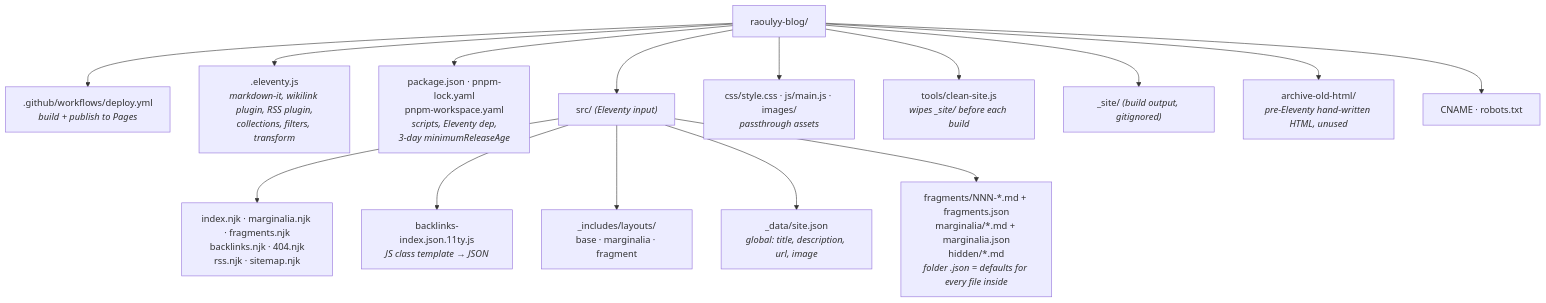
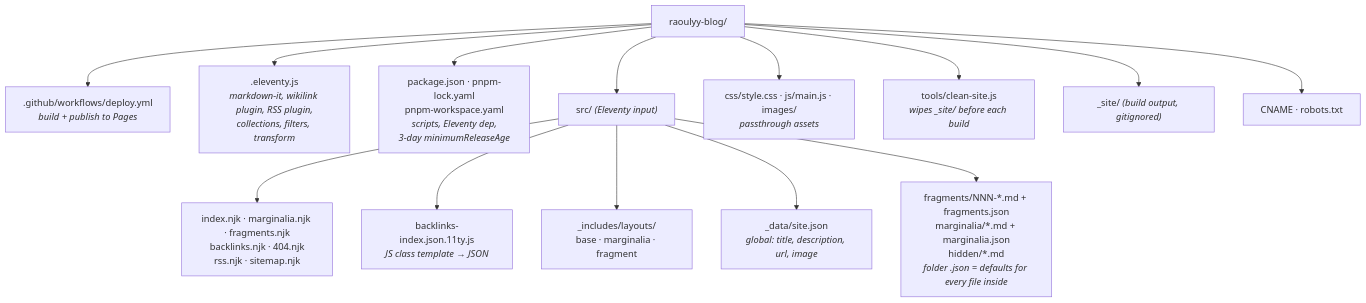
One commit to raoul-g/raoulyy-blog changed the second of 9 diagrams in ARCHITECTURE.md. Above: the diagram before and after it, drawn with Mermaid. The commit also changed other lines of this file and 11 other files, not shown here.

First line of the commit message:
housekeeping: remove old HTML archive, dead passthroughs, README fixes

````diff
--- a/ARCHITECTURE.md
+++ b/ARCHITECTURE.md
@@ -55,20 +55,19 @@
 ```mermaid
 flowchart TB
     ROOT["raoulyy-blog/"]
 
     ROOT --> WF[".github/workflows/deploy.yml<br/><i>build + publish to Pages</i>"]
     ROOT --> CFG[".eleventy.js<br/><i>markdown-it, wikilink plugin, RSS plugin,<br/>collections, filters, transform</i>"]
     ROOT --> PKG["package.json · pnpm-lock.yaml<br/>pnpm-workspace.yaml<br/><i>scripts, Eleventy dep,<br/>3-day minimumReleaseAge</i>"]
     ROOT --> SRC["src/ <i>(Eleventy input)</i>"]
     ROOT --> ASSETS["css/style.css · js/main.js · images/<br/><i>passthrough assets</i>"]
     ROOT --> TOOLS["tools/clean-site.js<br/><i>wipes _site/ before each build</i>"]
     ROOT --> OUT["_site/ <i>(build output, gitignored)</i>"]
-    ROOT --> ARCH["archive-old-html/<br/><i>pre-Eleventy hand-written HTML, unused</i>"]
     ROOT --> MISC["CNAME · robots.txt"]
 
     SRC --> PAGES_["index.njk · marginalia.njk · fragments.njk<br/>backlinks.njk · 404.njk<br/>rss.njk · sitemap.njk"]
     SRC --> JSONT["backlinks-index.json.11ty.js<br/><i>JS class template → JSON</i>"]
     SRC --> LAYOUTS["_includes/layouts/<br/>base · marginalia · fragment"]
     SRC --> DATA["_data/site.json<br/><i>global: title, description, url, image</i>"]
     SRC --> CONTENT["fragments/NNN-*.md + fragments.json<br/>marginalia/*.md + marginalia.json<br/>hidden/*.md<br/><i>folder .json = defaults for every file inside</i>"]
 ```
````
